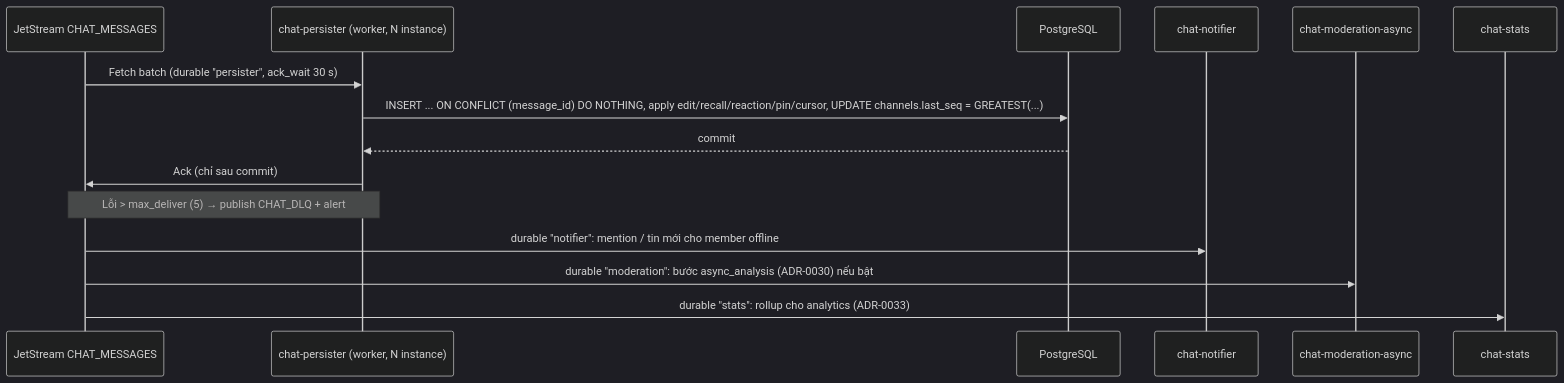
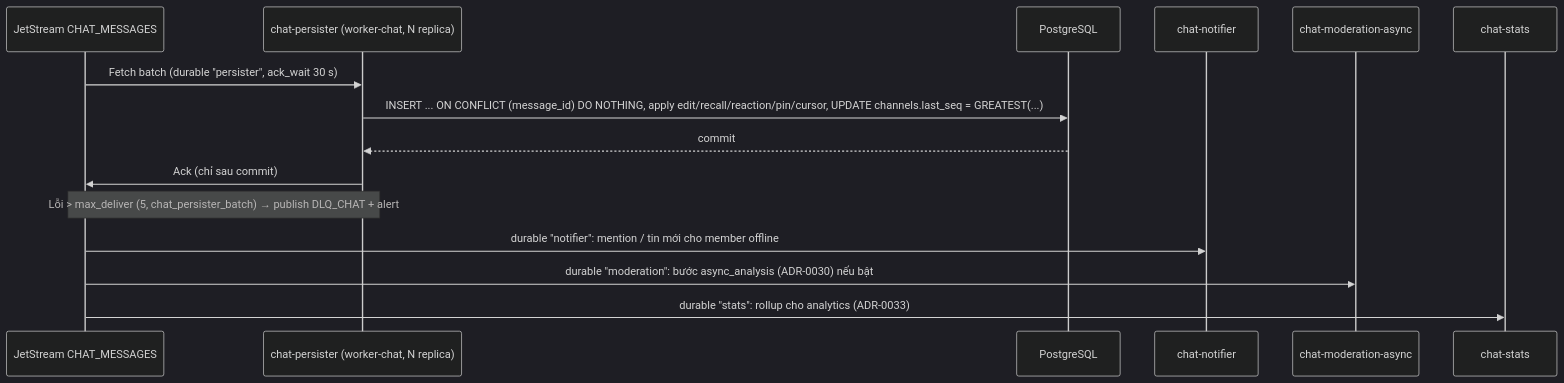
The fourth of 4 diagrams in docs/03-social-multiplayer/CHAT_SYSTEM.md (tanguyen2020/eduworld-platform), drawn with Mermaid (dark theme) before and after one commit. The commit also changed other lines of this file and 922 other files, not shown here.

````diff
--- a/docs/03-social-multiplayer/CHAT_SYSTEM.md
+++ b/docs/03-social-multiplayer/CHAT_SYSTEM.md
@@ -262,17 +267,17 @@
 ```mermaid
 sequenceDiagram
   participant JS as JetStream CHAT_MESSAGES
-  participant P as chat-persister (worker, N instance)
+  participant P as chat-persister (worker-chat, N replica)
   participant PG as PostgreSQL
   participant N as chat-notifier
   participant M as chat-moderation-async
   participant S as chat-stats
   JS->>P: Fetch batch (durable "persister", ack_wait 30 s)
   P->>PG: INSERT ... ON CONFLICT (message_id) DO NOTHING, apply edit/recall/reaction/pin/cursor, UPDATE channels.last_seq = GREATEST(...)
   PG-->>P: commit
   P->>JS: Ack (chỉ sau commit)
-  Note over P,JS: Lỗi > max_deliver (5) → publish CHAT_DLQ + alert
+  Note over P,JS: Lỗi > max_deliver (5, chat_persister_batch) → publish DLQ_CHAT + alert
   JS->>N: durable "notifier": mention / tin mới cho member offline
   JS->>M: durable "moderation": bước async_analysis (ADR-0030) nếu bật
   JS->>S: durable "stats": rollup cho analytics (ADR-0033)
 ```
````
